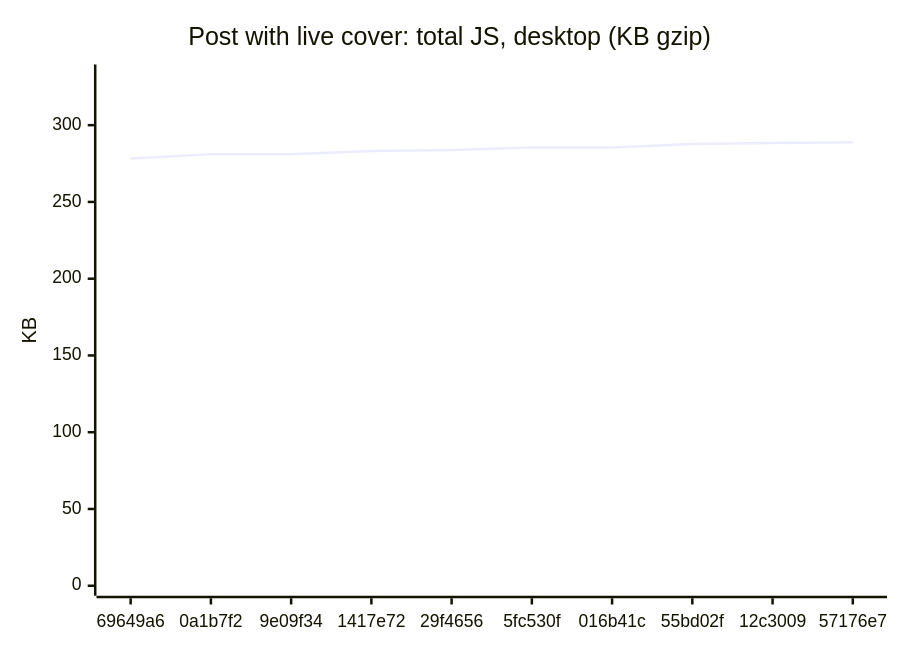
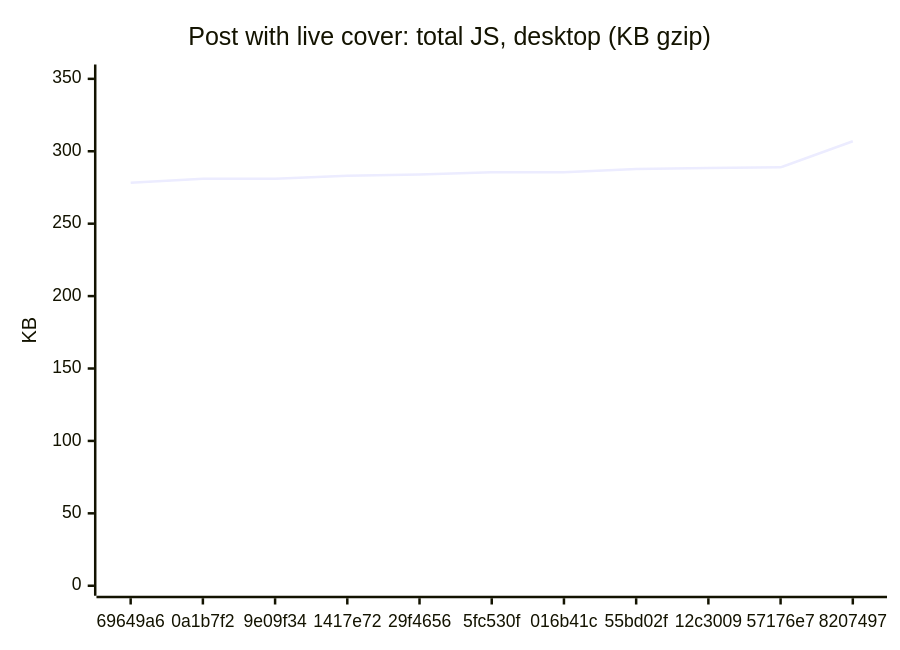
Diagram 13 of 18 in README.md (AxelUser/maltsev.space), drawn with Mermaid before and after one commit. The commit also changed other lines of this file and 1 other file, not shown here.

````diff
--- a/README.md
+++ b/README.md
@@ -143,7 +143,7 @@
 ```mermaid
 xychart-beta
   title "Post with live cover: total JS, desktop (KB gzip)"
-  x-axis ["69649a6", "0a1b7f2", "9e09f34", "1417e72", "29f4656", "5fc530f", "016b41c", "55bd02f", "12c3009", "57176e7"]
-  y-axis "KB" 0 --> 333
-  line [278.3, 281.1, 281.1, 283.1, 283.9, 285.5, 285.5, 287.7, 288.4, 288.9]
+  x-axis ["69649a6", "0a1b7f2", "9e09f34", "1417e72", "29f4656", "5fc530f", "016b41c", "55bd02f", "12c3009", "57176e7", "8207497"]
+  y-axis "KB" 0 --> 353
+  line [278.3, 281.1, 281.1, 283.1, 283.9, 285.5, 285.5, 287.7, 288.4, 288.9, 306.9]
 ```
````
